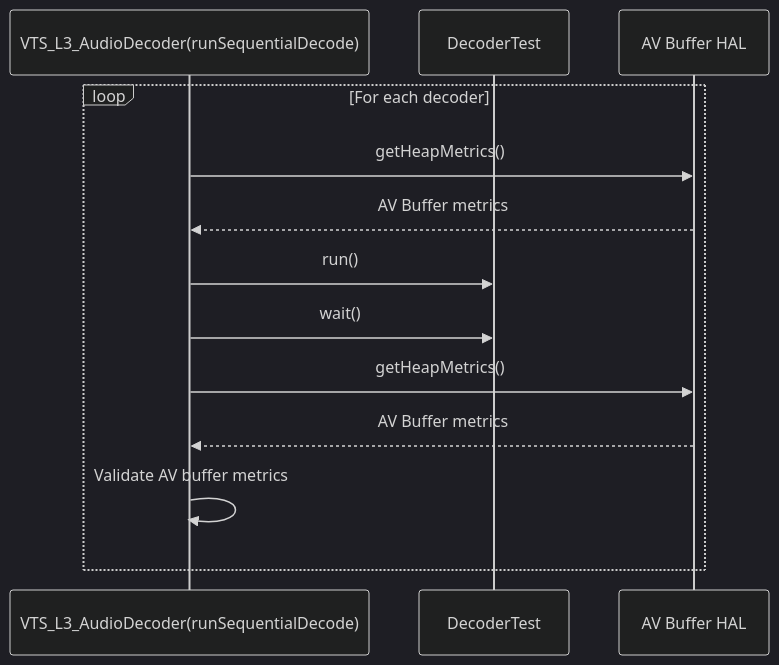
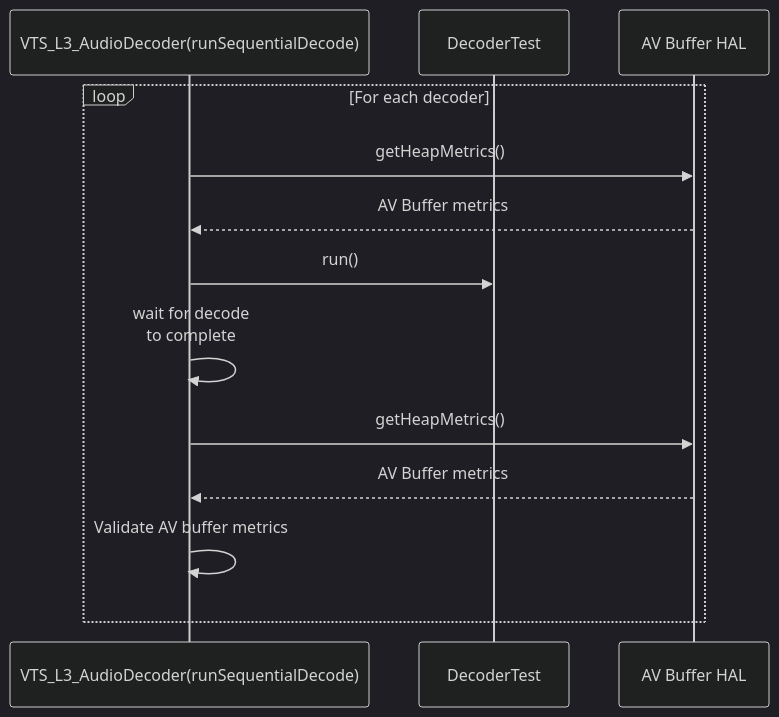
One commit to davidkoo-brcm/rdk-halif-aidl-test-audiodecoder changed the fourth of 12 diagrams in docs/pages/audioDecoder_L3_Low-Level_TestSpecification.md. Above: the diagram before and after it, drawn with Mermaid (dark theme). The commit also changed other lines of this file, not shown here.

````diff
--- a/docs/pages/audioDecoder_L3_Low-Level_TestSpecification.md
+++ b/docs/pages/audioDecoder_L3_Low-Level_TestSpecification.md
@@ -252,16 +252,16 @@
 ```mermaid
 sequenceDiagram
   participant rundecoder as VTS_L3_AudioDecoder(runSequentialDecode)
   participant DecoderTest as DecoderTest
   participant buffer as AV Buffer HAL
 
   loop For each decoder
     rundecoder->>buffer : getHeapMetrics()
     buffer -->> rundecoder: AV Buffer metrics
     rundecoder->>DecoderTest: run()
-    rundecoder->>DecoderTest: wait()
+    rundecoder->>rundecoder: wait for decode <br>to complete
     rundecoder->>buffer : getHeapMetrics()
     buffer -->> rundecoder: AV Buffer metrics
     rundecoder->>rundecoder: Validate AV buffer metrics
   end
 ```
````
